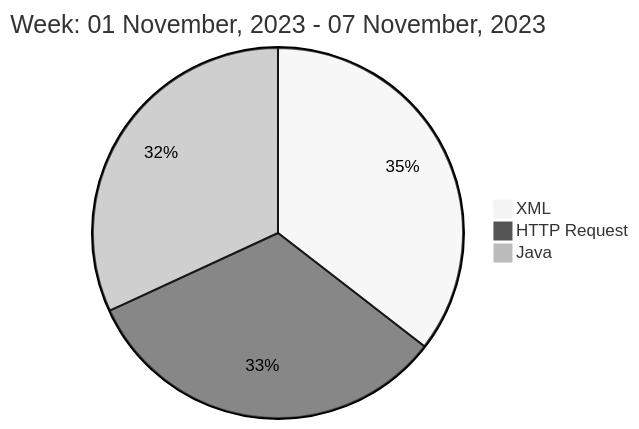
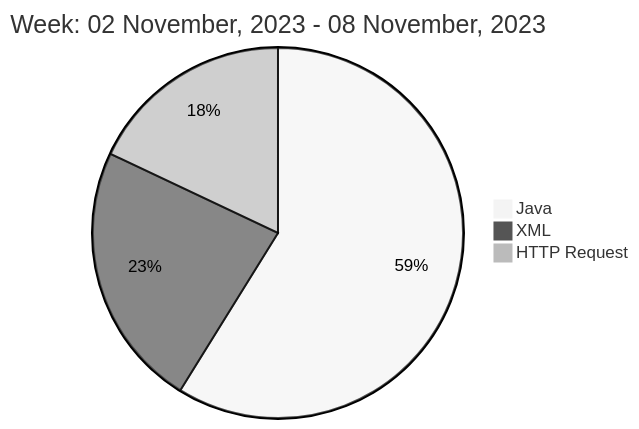
The diagram in README.md (liubin95/liubin95), drawn with Mermaid (neutral theme) before and after one commit.

Commit message:
Updated the Graph with new Metrics

````diff
--- a/README.md
+++ b/README.md
@@ -40,7 +40,7 @@
 ```mermaid
  pie
-title Week: 01 November, 2023 - 07 November, 2023
- "XML" : 1.87
- "HTTP Request" : 1.72
- "Java" : 1.68
+title Week: 02 November, 2023 - 08 November, 2023
+ "Java" : 6.22
+ "XML" : 2.45
+ "HTTP Request" : 1.9
 ```
````
